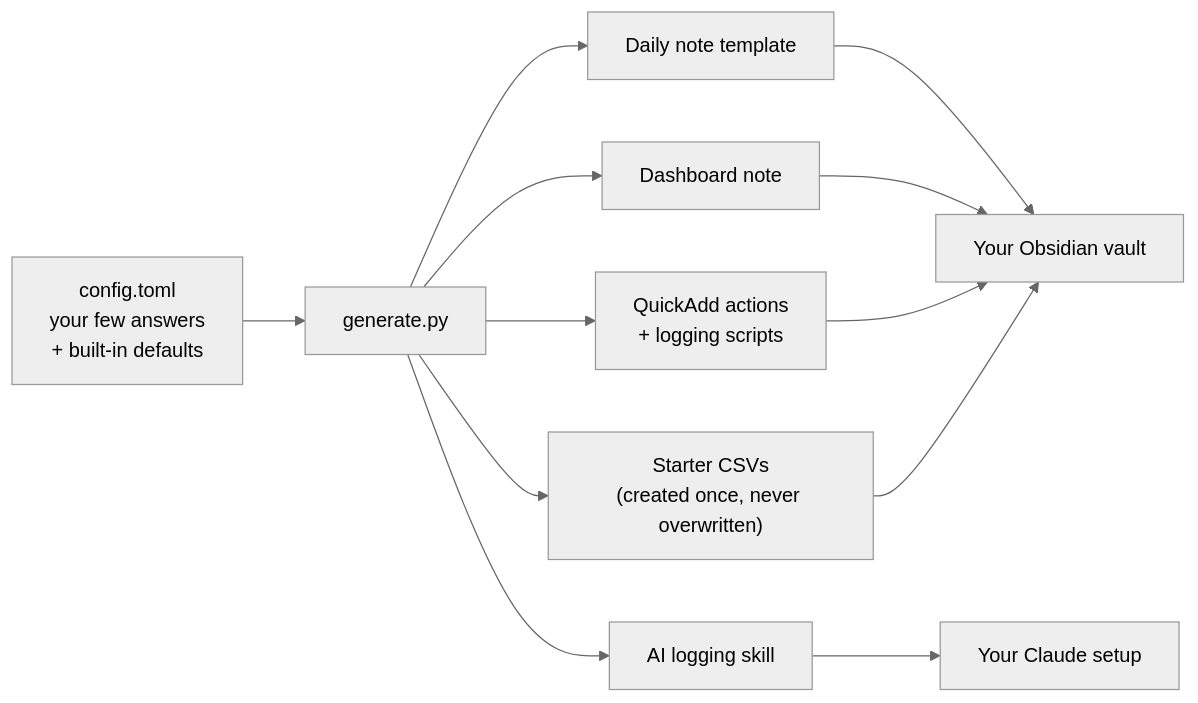
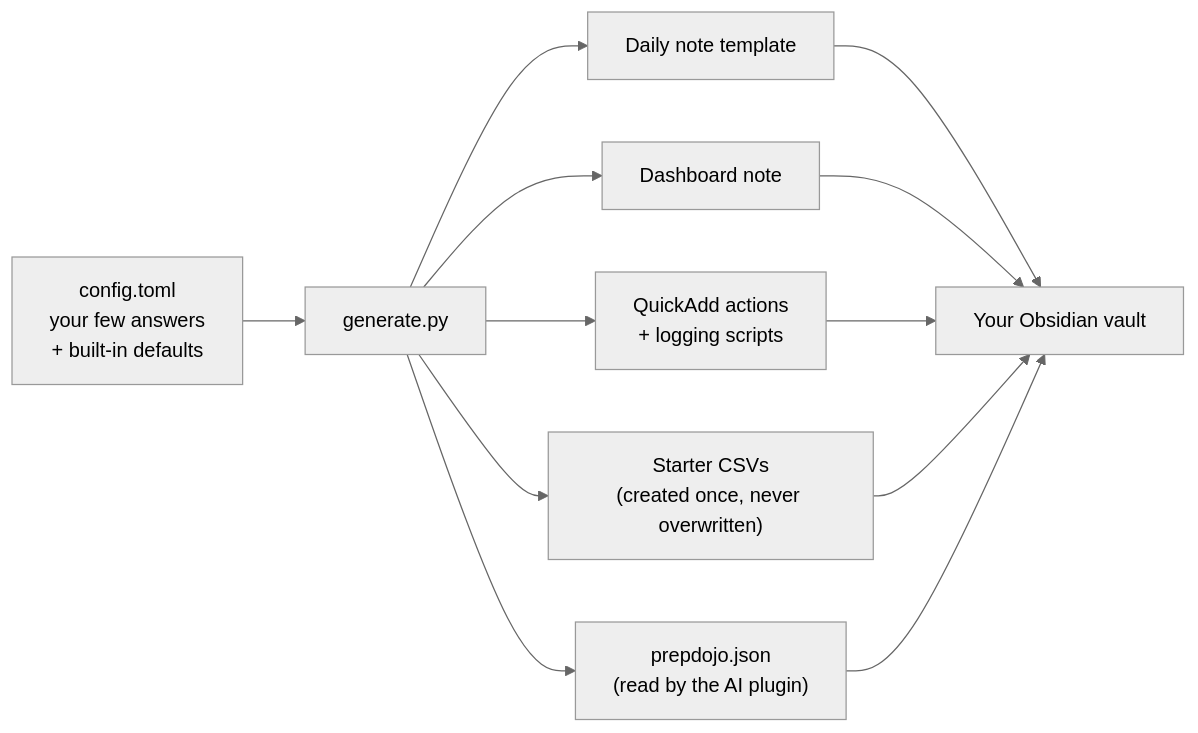
The second of 2 diagrams in README.md (aaaxy/PrepDojo), drawn with Mermaid (neutral theme) before and after one commit. The commit also changed other lines of this file and 11 other files, not shown here.

First line of the commit message:
Plugin: package the AI logging skills for one-command install (PRE-31)

````diff
--- a/README.md
+++ b/README.md
@@ -180,11 +191,10 @@
 ```mermaid
 flowchart LR
     CFG["config.toml<br/>your few answers<br/>+ built-in defaults"] --> GEN["generate.py"]
     GEN --> T["Daily note template"]
     GEN --> D["Dashboard note"]
     GEN --> Q["QuickAdd actions<br/>+ logging scripts"]
     GEN --> CSVS["Starter CSVs<br/>(created once, never overwritten)"]
-    GEN --> S["AI logging skill"]
-    T & D & Q & CSVS --> V["Your Obsidian vault"]
-    S --> C["Your Claude setup"]
+    GEN --> PJ["prepdojo.json<br/>(read by the AI plugin)"]
+    T & D & Q & CSVS & PJ --> V["Your Obsidian vault"]
 ```
````
